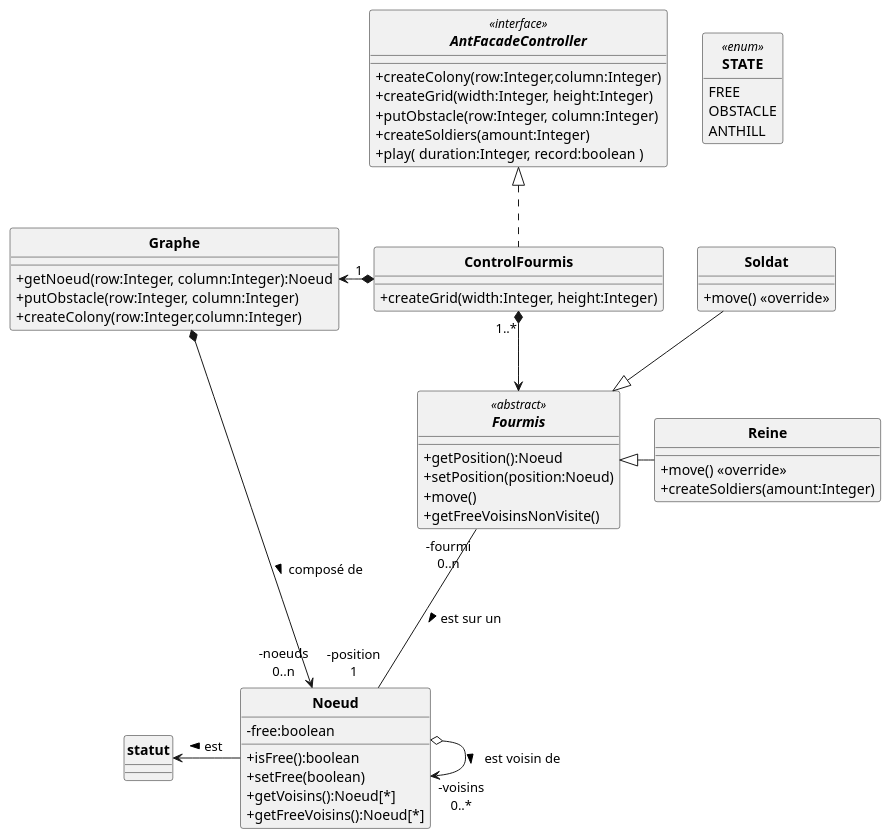
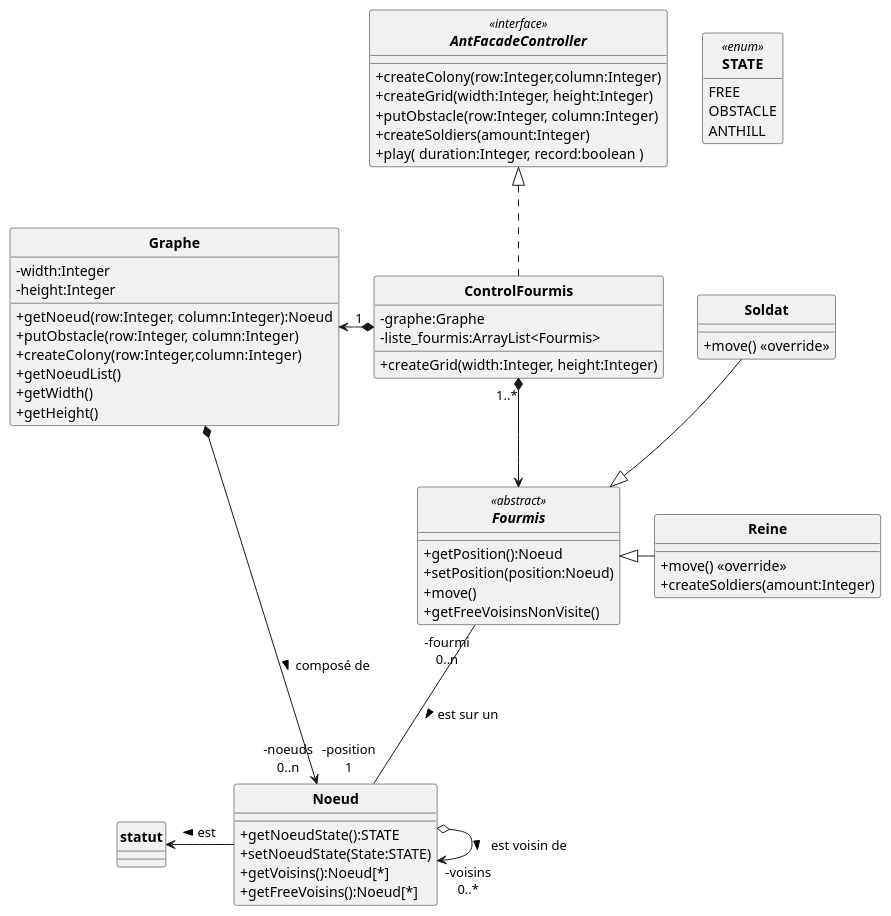
Before and after one commit to ErenMustafaGit/ColonieFourmis: the diagram in src/main/uml/Fourmis_DC.puml, drawn with PlantUML. The commit also changed 2 other files, not shown here.

Commit message:
ControlFourmis: Implémentation de la fonction BitSet[][] play
Diagram de conception: Actualisation de nouvelle donné (Noeud, ControlFourmis, Graphe)

Graphe: implémentation de getNoeudList, getWidth et getHeight.

```diff
--- a/src/main/uml/Fourmis_DC.puml
+++ b/src/main/uml/Fourmis_DC.puml
@@ -1,81 +1,87 @@
 @startuml
 'https://plantuml.com/sequence-diagram
 allow_mixing
 skinparam style strictuml
 skinparam classAttributeIconSize 0
 skinparam circledCharacterRadius 0
 skinparam circledCharacterFontSize 0
 skinparam classFontStyle Bold
 'autonumber
 hide enum methods
 
 'Controleur
 interface AntFacadeController <<interface>> {
     '+setParameters( evaporationParam:Integer, foodParam:Integer, pheromoneParam:Integer )
     +createColony(row:Integer,column:Integer)
     +createGrid(width:Integer, height:Integer)
     +putObstacle(row:Integer, column:Integer)
     '+putFood( row:Integer, column:Integer, quantity:Integer);
     '+createWorkers( amount:Integer )
     +createSoldiers(amount:Integer)
     '+setAntFile(antLogFile:String);
     +play( duration:Integer, record:boolean )
 }
 
 class Noeud {
-    -free:boolean
-    +isFree():boolean
-    +setFree(boolean)
+    +getNoeudState():STATE
+    +setNoeudState(State:STATE)
     +getVoisins():Noeud[*]
     +getFreeVoisins():Noeud[*]
 }
 enum STATE <<enum>> {
     FREE
     OBSTACLE
     ANTHILL
 }
 
 
 abstract Fourmis <<abstract>> {
     +getPosition():Noeud
     +setPosition(position:Noeud)
     +move()
     +getFreeVoisinsNonVisite()
 }
 class Reine{
     +move() <<override>>
     +createSoldiers(amount:Integer)
 
 }
 class Soldat{
     +move() <<override>>
 }
 
 
 'class Graphe implements projet.v2.AntFacadeController{
 class ControlFourmis implements AntFacadeController{
+    -graphe:Graphe
+    -liste_fourmis:ArrayList<Fourmis>
     +createGrid(width:Integer, height:Integer)
 }
 
 
 class Graphe{
+ -width:Integer
+ -height:Integer
  +getNoeud(row:Integer, column:Integer):Noeud
  +putObstacle(row:Integer, column:Integer)
  +createColony(row:Integer,column:Integer)
+ +getNoeudList()
+ +getWidth()
+ +getHeight()
 }
 
 
 Soldat --|> Fourmis
 Reine -l-|> Fourmis
 
 ControlFourmis "1 " *-l-> Graphe
 ControlFourmis "1..*" *--> Fourmis
 
 Graphe *-r-> "-noeuds\n0..n" Noeud : composé de >
 'historique = liste de noeud déjà passé par la fourmi
 '"-position 1\n-historique 0..*"
 Fourmis "-fourmi\n0..n" --- "-position\n1" Noeud  : est sur un >
 Noeud o-> "-voisins\n0..*"  Noeud  : est voisin de >
 Noeud -l->  statut : est >
 
 @enduml
```
